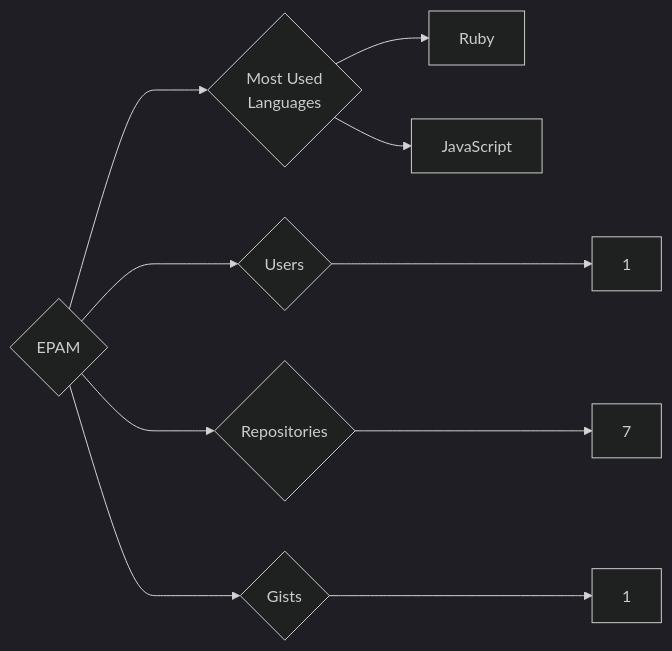
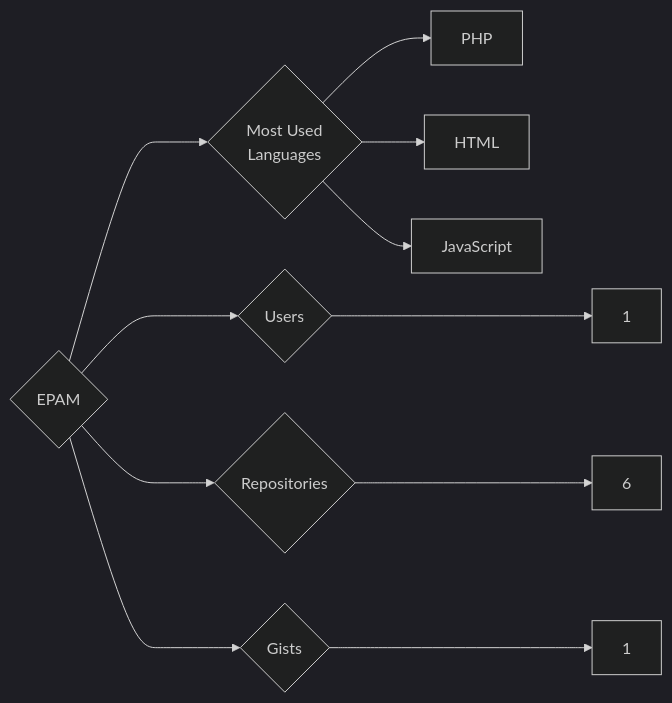
The diagram in targets/EPAM/README.md (trickest/insiders), drawn with Mermaid (dark theme) before and after one commit. The commit also changed 559 other files, not shown here.

````diff
--- a/targets/EPAM/README.md
+++ b/targets/EPAM/README.md
@@ -3,10 +3,11 @@
 ```mermaid
 graph LR
 COMPANY_NAME{EPAM}
 COMPANY_NAME ---> U{Users} ---> UN[1]
-COMPANY_NAME ---> R{Repositories} ---> RN[7]
+COMPANY_NAME ---> R{Repositories} ---> RN[6]
 COMPANY_NAME ---> G{Gists} ---> GN[1]
 COMPANY_NAME ---> ML{Most Used<br>Languages}
-ML --> Ruby[Ruby]
+ML --> PHP[PHP]
+ML --> HTML[HTML]
 ML --> JavaScript[JavaScript]
 ```
````
